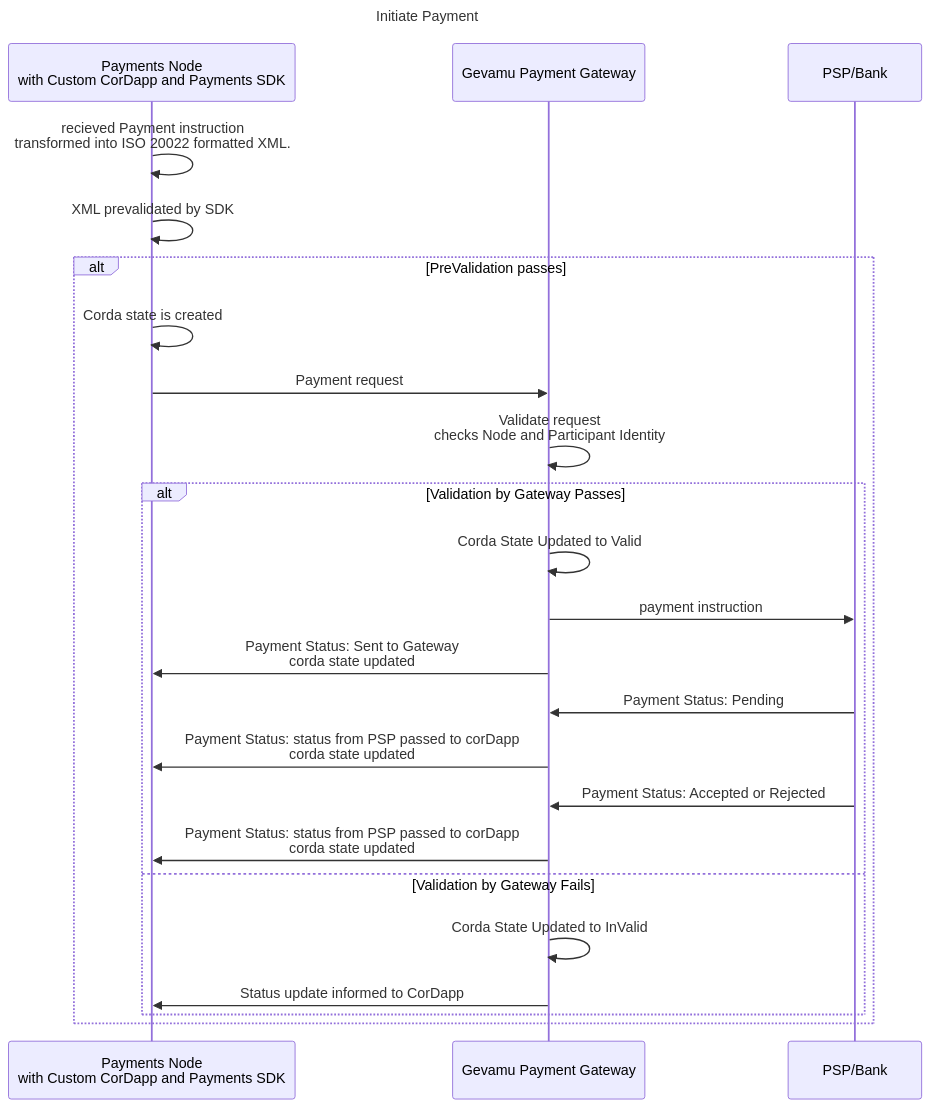
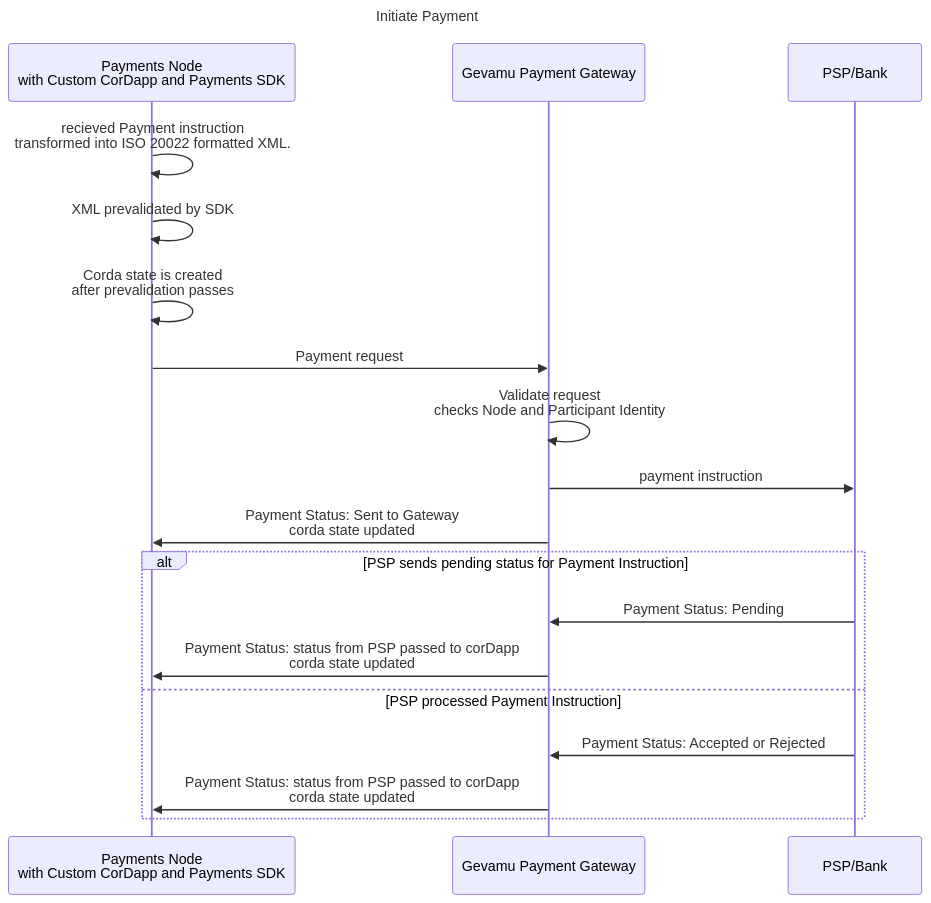
The diagram in content/3.workflow/4.payment-initiation.md (gevamu/gevamu.github.io), drawn with Mermaid before and after one commit.

Commit message:
fixed sequence diagram as per  review

````diff
--- a/content/3.workflow/4.payment-initiation.md
+++ b/content/3.workflow/4.payment-initiation.md
@@ -24,41 +24,37 @@
 ```mermaid
 ---
 title: Initiate Payment
 ---
 sequenceDiagram
     %% Participants
     participant pn as Payments Node <br/> with Custom CorDapp and Payments SDK 
     participant gpg as Gevamu Payment Gateway
     participant psp as PSP/Bank
 
     pn ->> pn: recieved Payment instruction  <br/> transformed into ISO 20022 formatted XML.
     pn ->> pn: XML prevalidated by SDK
 
-    %% prevalidation by SDK
-    alt PreValidation passes
-        pn  ->>  pn: Corda state is created
-        pn  ->> gpg: Payment request
-        gpg ->> gpg: Validate request <br/> checks Node and Participant Identity
+    %%prevalidation by SDK
+    
+    pn  ->>  pn: Corda state is created <br/> after prevalidation passes
+    pn  ->> gpg: Payment request
+    gpg ->> gpg: Validate request <br/> checks Node and Participant Identity
 
-        ## validation by Gateway
-        alt Validation by Gateway Passes
-            gpg ->> gpg: Corda State Updated to Valid
-            gpg ->> psp: payment instruction
-            gpg ->> pn: Payment Status: Sent to Gateway <br/> corda state updated
+    %% after validation by Gateway
 
-            %% Pending Status by PSP
-            psp ->> gpg: Payment Status: Pending
-            gpg ->> pn : Payment Status: status from PSP passed to corDapp <br/> corda state updated
+    gpg ->> psp: payment instruction
+    gpg ->> pn: Payment Status: Sent to Gateway <br/> corda state updated
+
+    %% Pending Status by PSP
+    alt PSP sends pending status for Payment Instruction
+    psp ->> gpg: Payment Status: Pending
+    gpg ->> pn : Payment Status: status from PSP passed to corDapp <br/> corda state updated
+    
+    %% Request has been processed by PSP 
+    else PSP processed Payment Instruction
+    psp ->> gpg: Payment Status: Accepted or Rejected
+    gpg ->> pn : Payment Status: status from PSP passed to corDapp <br/> corda state updated
+    end
             
-           %% Request has been processed by PSP 
-            psp ->> gpg: Payment Status: Accepted or Rejected
-            gpg ->> pn : Payment Status: status from PSP passed to corDapp <br/> corda state updated
-
-        %% validation by gateway fails
-        else Validation by Gateway Fails
-            gpg ->> gpg: Corda State Updated to InValid
-            gpg ->> pn : Status update informed to CorDapp 
-        end
-            
-    end
+    
 ```
````
